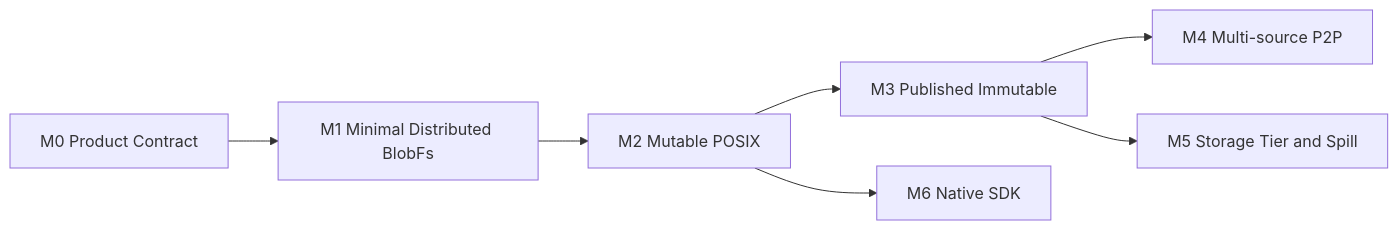
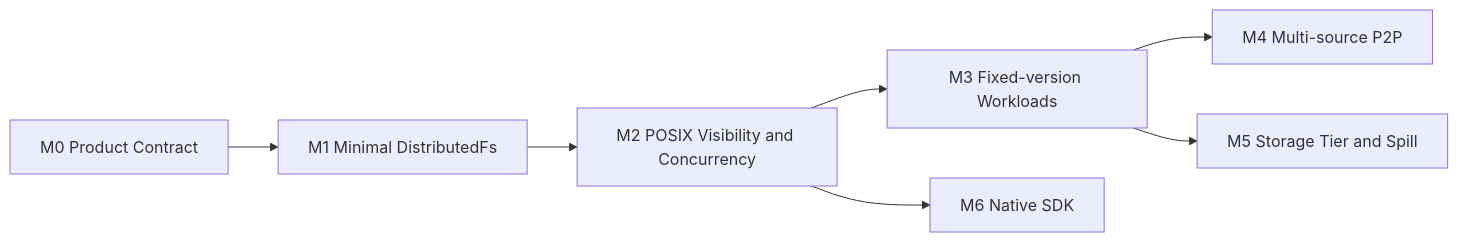
One commit to lelezi257/dms changed the diagram in ROADMAP.md. Above: the diagram before and after it, drawn with Mermaid. The commit also changed other lines of this file and 25 other files, not shown here.

First line of the commit message:
Make the distributed file contract implementable without a second blob model

````diff
--- a/ROADMAP.md
+++ b/ROADMAP.md
@@ -5,9 +5,9 @@
 ```mermaid
 flowchart LR
-    M0[M0 Product Contract] --> M1[M1 Minimal Distributed BlobFs]
-    M1 --> M2[M2 Mutable POSIX]
-    M2 --> M3[M3 Published Immutable]
+    M0[M0 Product Contract] --> M1[M1 Minimal DistributedFs]
+    M1 --> M2[M2 POSIX Visibility and Concurrency]
+    M2 --> M3[M3 Fixed-version Workloads]
     M3 --> M4[M4 Multi-source P2P]
     M3 --> M5[M5 Storage Tier and Spill]
     M2 --> M6[M6 Native SDK]
 ```
````
